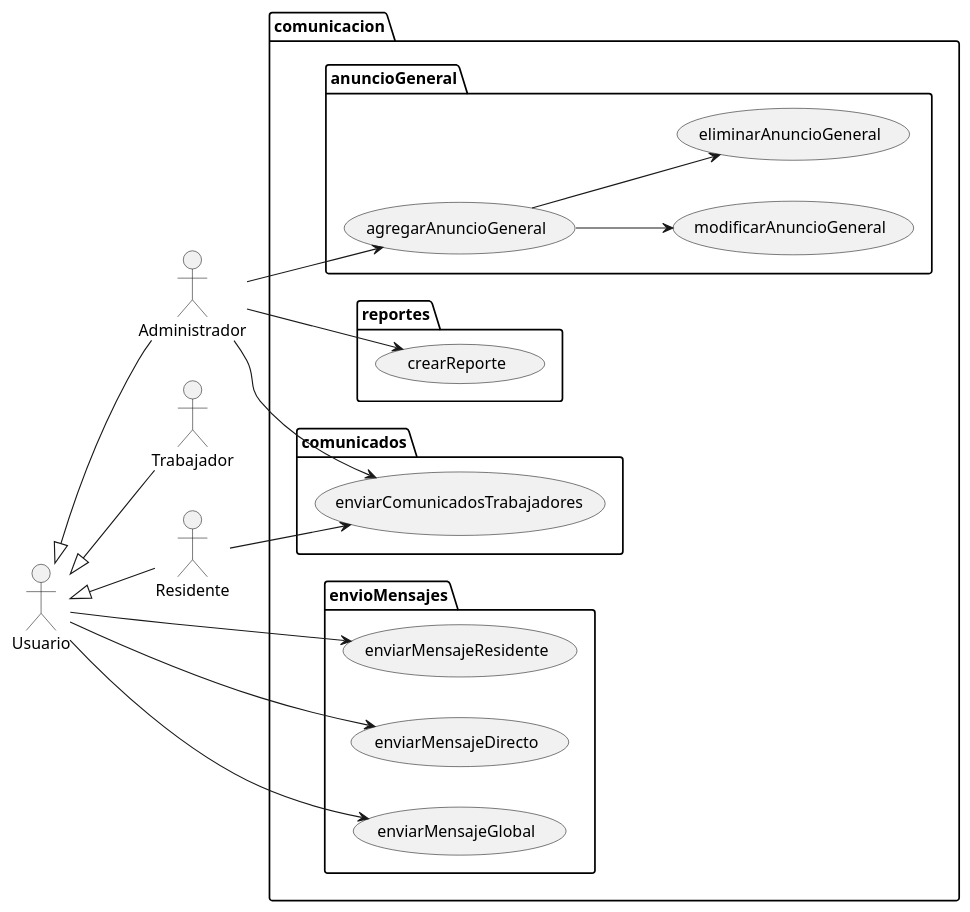
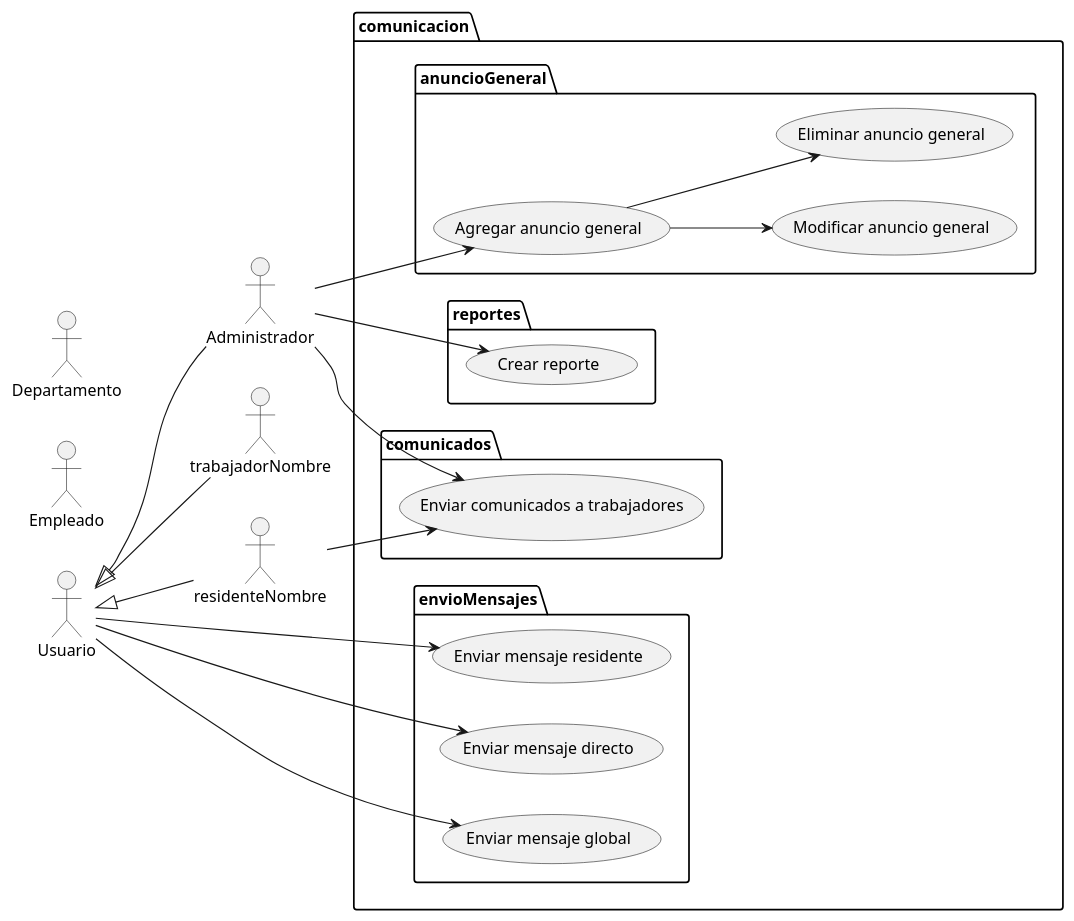
The diagram in Diagramas/CasosDeUso_GrupoF_Comunicacion/CasoDeUsoGrupoF.puml (richardriverag/ProyectoDiseno24B), drawn with PlantUML before and after one commit.

Commit message:
Update CasoDeUsoGrupoF.puml
Modifying the nomenclature from CamelCase to without nomenclature

```diff
--- a/Diagramas/CasosDeUso_GrupoF_Comunicacion/CasoDeUsoGrupoF.puml
+++ b/Diagramas/CasosDeUso_GrupoF_Comunicacion/CasoDeUsoGrupoF.puml
@@ -1,48 +1,48 @@
 @startuml
 
 left to right direction
 
 actor "Usuario" as usuarioNombre
 actor "Administrador" as administradorNombre
-actor "Trabajador" as trabajadorNombre
-actor "Residente" as residenteNombre
+actor "Empleado" as empleadoNombre
+actor "Departamento" as departamentoNombre
 package comunicacion{
 package envioMensajes{
-usecase "enviarMensajeResidente" as mensajeResidentes
-usecase "enviarMensajeDirecto" as mensajeDirecto
-usecase "enviarMensajeGlobal" as mensajeGlobal
+usecase "Enviar mensaje residente" as mensajeResidentes
+usecase "Enviar mensaje directo" as mensajeDirecto
+usecase "Enviar mensaje global" as mensajeGlobal
 }
 
 package comunicados{
-usecase "enviarComunicadosTrabajadores" as comunicadoTrabajadores
+usecase "Enviar comunicados a trabajadores" as comunicadoTrabajadores
 }
 package anuncioGeneral{
-usecase "modificarAnuncioGeneral" as modAnuncioGeneral
-usecase "eliminarAnuncioGeneral" as delAnuncioGeneral
-usecase "agregarAnuncioGeneral" as addAnuncioGeneral
+usecase "Modificar anuncio general" as modAnuncioGeneral
+usecase "Eliminar anuncio general" as delAnuncioGeneral
+usecase "Agregar anuncio general" as addAnuncioGeneral
 }
 package reportes{
-usecase "crearReporte" as creaReporte
+usecase "Crear reporte" as creaReporte
 }
 }
 
 administradorNombre -u-|> usuarioNombre
 trabajadorNombre -u-|> usuarioNombre
 residenteNombre -u-|> usuarioNombre
 
 
 usuarioNombre --> mensajeResidentes
 administradorNombre --> comunicadoTrabajadores
 usuarioNombre --> mensajeGlobal
 usuarioNombre --> mensajeDirecto
 
 
 addAnuncioGeneral --> modAnuncioGeneral
 addAnuncioGeneral --> delAnuncioGeneral
 administradorNombre --> addAnuncioGeneral
 
 residenteNombre --> comunicadoTrabajadores
 administradorNombre --> creaReporte
 
 
 @enduml
```
